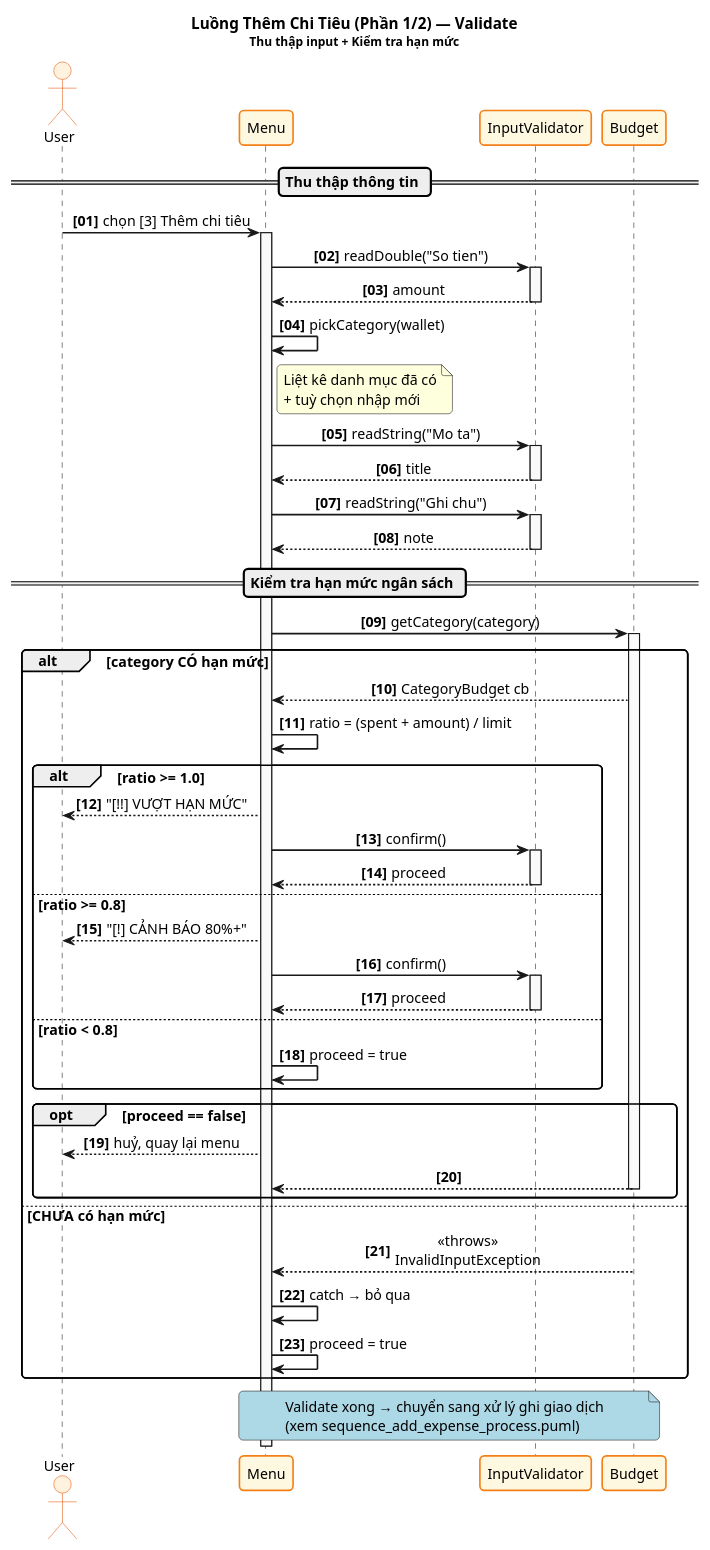
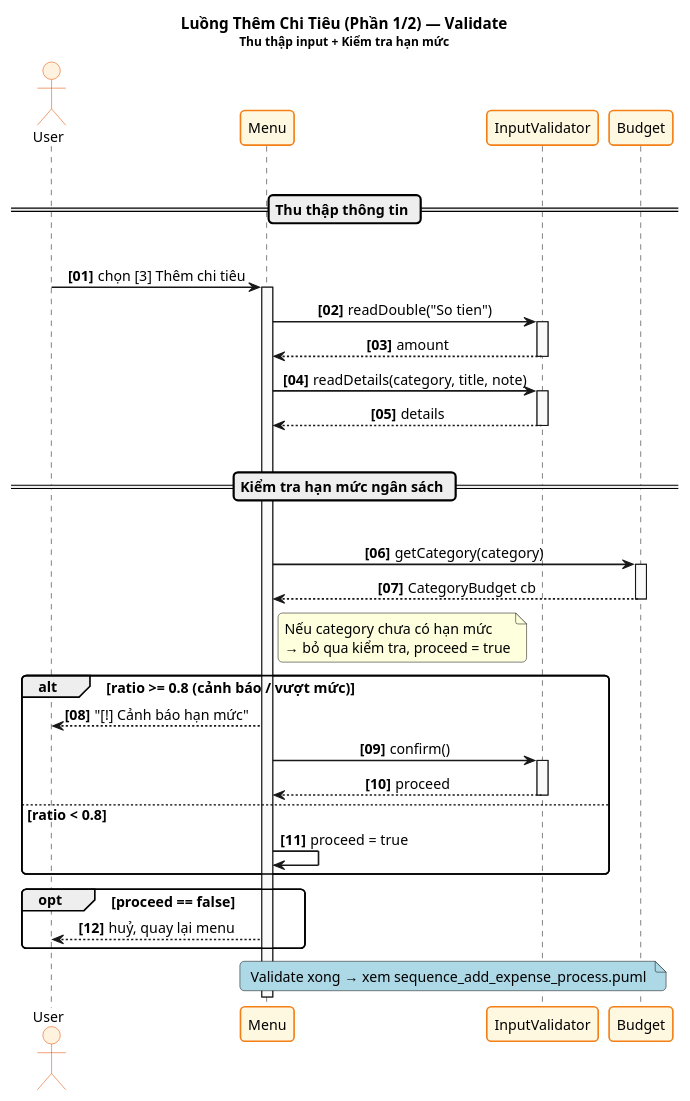
Before and after one commit to Turnippii/OPEP_project: the diagram in docs/sequence_add_expense.puml, drawn with PlantUML. The commit also changed 3 other files, not shown here.

Commit message:
docs: chia sequence diagram thành 4 sơ đồ nhỏ, fix deprecated skinparam

```diff
--- a/docs/sequence_add_expense.puml
+++ b/docs/sequence_add_expense.puml
@@ -1,100 +1,83 @@
 @startuml sequence_add_expense
 
 skinparam defaultFontSize 13
 skinparam sequenceMessageAlign center
 skinparam sequenceArrowThickness 1.5
 skinparam lifelineBorderColor #444444
 skinparam sequenceParticipantBorderThickness 1.5
 skinparam shadowing false
 skinparam roundCorner 8
 
 skinparam sequence {
     LifeLineBackgroundColor #FAFAFA
     ParticipantBackgroundColor #FFF8E1
     ParticipantBorderColor #F57F17
     ActorBackgroundColor #FFF3E0
     ActorBorderColor #E65100
 }
 
 autonumber "<b>[00]</b>"
 
 title <b>Luồng Thêm Chi Tiêu (Phần 1/2) — Validate</b>\n<size:11>Thu thập input + Kiểm tra hạn mức</size>
 
 actor       "User"           as U
 participant "Menu"           as M
 participant "InputValidator" as IV
 participant "Budget"         as BDG
 
+|||
 == Thu thập thông tin ==
+|||
 
 U  -> M : chọn [3] Thêm chi tiêu
 activate M
 
 M -> IV : readDouble("So tien")
 activate IV
 IV --> M : amount
 deactivate IV
 
-M -> M  : pickCategory(wallet)
-note right of M : Liệt kê danh mục đã có\n+ tuỳ chọn nhập mới
-
-M -> IV : readString("Mo ta")
+M -> IV : readDetails(category, title, note)
 activate IV
-IV --> M : title
+IV --> M : details
 deactivate IV
 
-M -> IV : readString("Ghi chu")
-activate IV
-IV --> M : note
-deactivate IV
-
+|||
 == Kiểm tra hạn mức ngân sách ==
+|||
 
 M -> BDG : getCategory(category)
 activate BDG
+BDG --> M : CategoryBudget cb
+deactivate BDG
 
-alt category CÓ hạn mức
+note right of M
+  Nếu category chưa có hạn mức
+  → bỏ qua kiểm tra, proceed = true
+end note
 
-    BDG --> M : CategoryBudget cb
-    M -> M   : ratio = (spent + amount) / limit
+alt ratio >= 0.8 (cảnh báo / vượt mức)
 
-    alt ratio >= 1.0
-        M --> U : "[!!] VƯỢT HẠN MỨC"
-        M -> IV : confirm()
-        activate IV
-        IV --> M : proceed
-        deactivate IV
+    M --> U : "[!] Cảnh báo hạn mức"
+    M -> IV : confirm()
+    activate IV
+    IV --> M : proceed
+    deactivate IV
 
-    else ratio >= 0.8
-        M --> U : "[!] CẢNH BÁO 80%+"
-        M -> IV : confirm()
-        activate IV
-        IV --> M : proceed
-        deactivate IV
+else ratio < 0.8
 
-    else ratio < 0.8
-        M -> M : proceed = true
-    end
-
-    opt proceed == false
-        M --> U : huỷ, quay lại menu
-        return
-    end
-
-else CHƯA có hạn mức
-
-    BDG --> M : <<throws>>\nInvalidInputException
-    M -> M : catch → bỏ qua
     M -> M : proceed = true
 
 end
-deactivate BDG
+
+opt proceed == false
+    M --> U : huỷ, quay lại menu
+end
 
 note over M, BDG #LightBlue
-  Validate xong → chuyển sang xử lý ghi giao dịch
-  (xem sequence_add_expense_process.puml)
+  Validate xong → xem sequence_add_expense_process.puml
 end note
 
 deactivate M
 
 @enduml
```
